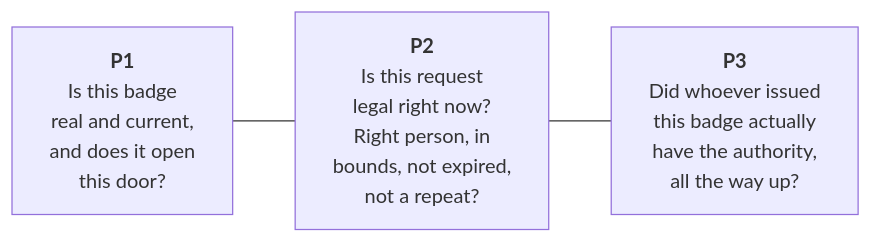
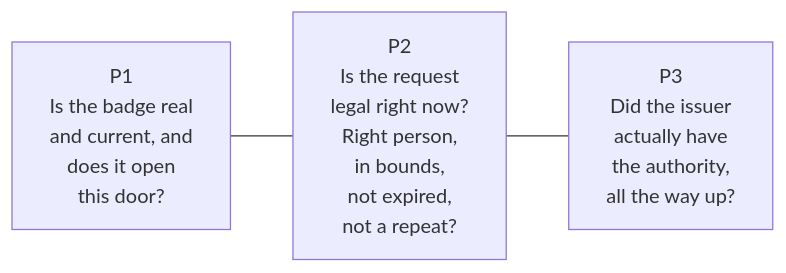
One commit to mondweep/vibe-cast changed the fourth of 9 diagrams in README.md. Above: the diagram before and after it, drawn with Mermaid. The commit also changed other lines of this file, not shown here.

First line of the commit message:
Fix unreadable mermaid diagrams on GitHub

````diff
--- a/README.md
+++ b/README.md
@@ -216,7 +233,7 @@
 ```mermaid
 flowchart LR
-    Q1["<b>P1</b><br/>Is this badge<br/>real and current,<br/>and does it open<br/>this door?"]
-    Q2["<b>P2</b><br/>Is this request<br/>legal right now?<br/>Right person, in<br/>bounds, not expired,<br/>not a repeat?"]
-    Q3["<b>P3</b><br/>Did whoever issued<br/>this badge actually<br/>have the authority,<br/>all the way up?"]
+    Q1["P1<br/>Is the badge real<br/>and current, and<br/>does it open<br/>this door?"]
+    Q2["P2<br/>Is the request<br/>legal right now?<br/>Right person,<br/>in bounds,<br/>not expired,<br/>not a repeat?"]
+    Q3["P3<br/>Did the issuer<br/>actually have<br/>the authority,<br/>all the way up?"]
     Q1 --- Q2 --- Q3
 ```
````
